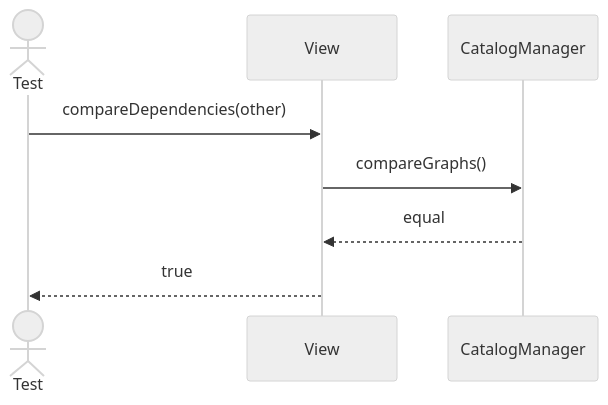
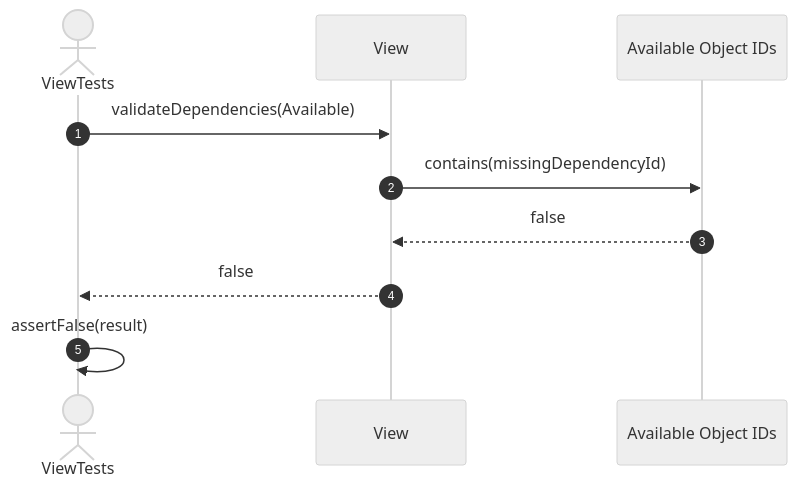
Diagram 15 of 21 in src/tests/unit/metadata/sequences/view-testing.se.md (FhuAnn/-bbv-AN-s-DBMS), drawn with Mermaid (neutral theme) before and after one commit. The commit also changed other lines of this file and 60 other files, not shown here.

````diff
--- a/src/tests/unit/metadata/sequences/view-testing.se.md
+++ b/src/tests/unit/metadata/sequences/view-testing.se.md
@@ -223,11 +258,14 @@
 ```mermaid
 sequenceDiagram
-actor Test
-participant View
-participant CatalogManager
+    autonumber
+    actor Test as ViewTests
+    participant View as View
+    participant Available as Available Object IDs
 
-Test->>View: compareDependencies(other)
-View->>CatalogManager: compareGraphs()
-CatalogManager-->>View: equal
-View-->>Test: true
+    Test->>View: validateDependencies(Available)
+    View->>Available: contains(missingDependencyId)
+    Available-->>View: false
+    View-->>Test: false
+
+    Test->>Test: assertFalse(result)
 ```
````
